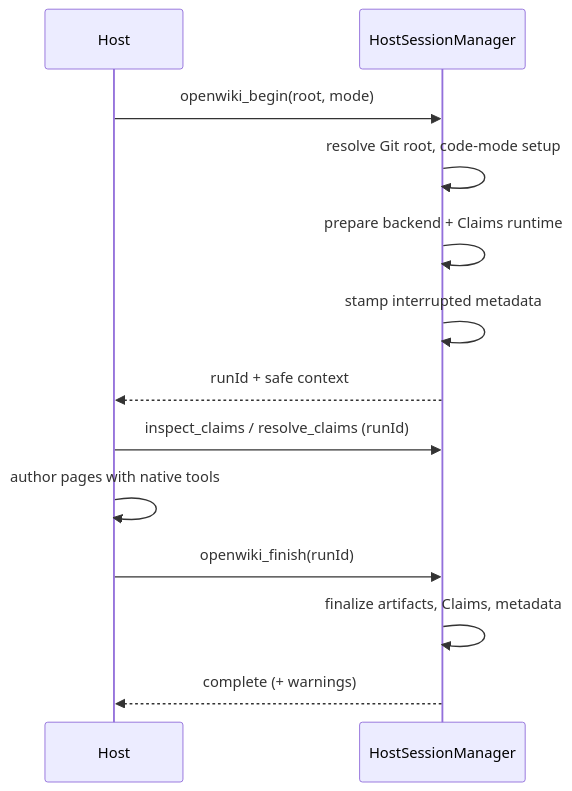
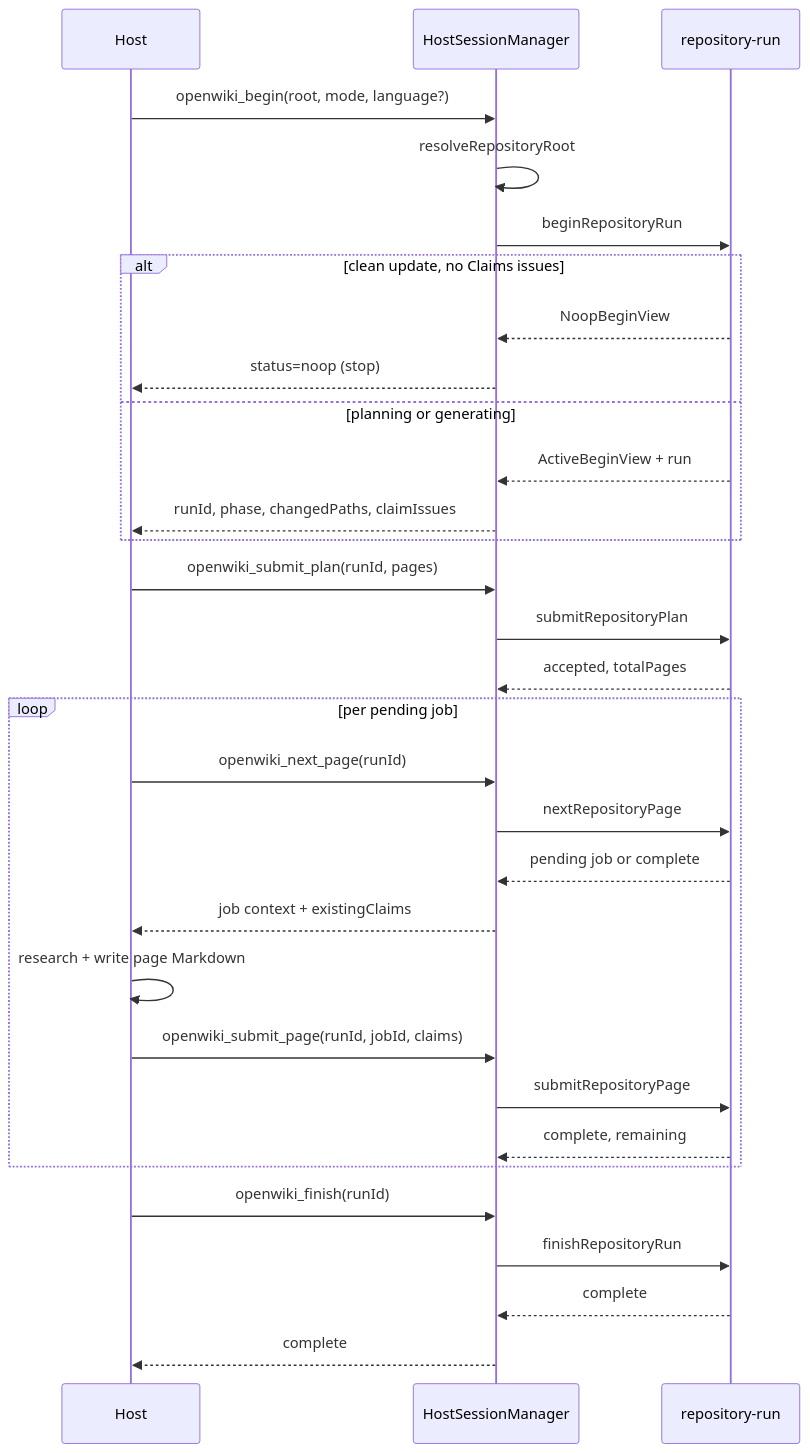
One commit to langchain-ai/openwiki changed the diagram in openwiki/integrations/overview.md. Above: the diagram before and after it, drawn with Mermaid. The commit also changed other lines of this file and 68 other files, not shown here.

````diff
--- a/openwiki/integrations/overview.md
+++ b/openwiki/integrations/overview.md
@@ -37,15 +53,33 @@
 ```mermaid
 sequenceDiagram
     participant Host
     participant Mgr as HostSessionManager
-    Host->>Mgr: openwiki_begin(root, mode)
-    Mgr->>Mgr: resolve Git root, code-mode setup
-    Mgr->>Mgr: prepare backend + Claims runtime
-    Mgr->>Mgr: stamp interrupted metadata
-    Mgr-->>Host: runId + safe context
-    Host->>Mgr: inspect_claims / resolve_claims (runId)
-    Host->>Host: author pages with native tools
+    participant Run as repository-run
+    Host->>Mgr: openwiki_begin(root, mode, language?)
+    Mgr->>Mgr: resolveRepositoryRoot
+    Mgr->>Run: beginRepositoryRun
+    alt clean update, no Claims issues
+        Run-->>Mgr: NoopBeginView
+        Mgr-->>Host: status=noop (stop)
+    else planning or generating
+        Run-->>Mgr: ActiveBeginView + run
+        Mgr-->>Host: runId, phase, changedPaths, claimIssues
+    end
+    Host->>Mgr: openwiki_submit_plan(runId, pages)
+    Mgr->>Run: submitRepositoryPlan
+    Run-->>Mgr: accepted, totalPages
+    loop per pending job
+        Host->>Mgr: openwiki_next_page(runId)
+        Mgr->>Run: nextRepositoryPage
+        Run-->>Mgr: pending job or complete
+        Mgr-->>Host: job context + existingClaims
+        Host->>Host: research + write page Markdown
+        Host->>Mgr: openwiki_submit_page(runId, jobId, claims)
+        Mgr->>Run: submitRepositoryPage
+        Run-->>Mgr: complete, remaining
+    end
     Host->>Mgr: openwiki_finish(runId)
-    Mgr->>Mgr: finalize artifacts, Claims, metadata
-    Mgr-->>Host: complete (+ warnings)
+    Mgr->>Run: finishRepositoryRun
+    Run-->>Mgr: complete
+    Mgr-->>Host: complete
 ```
````
